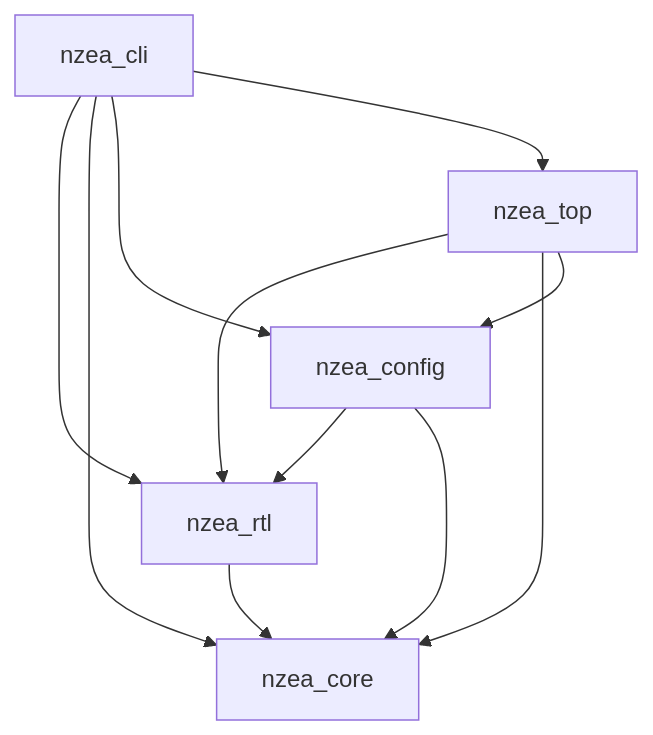
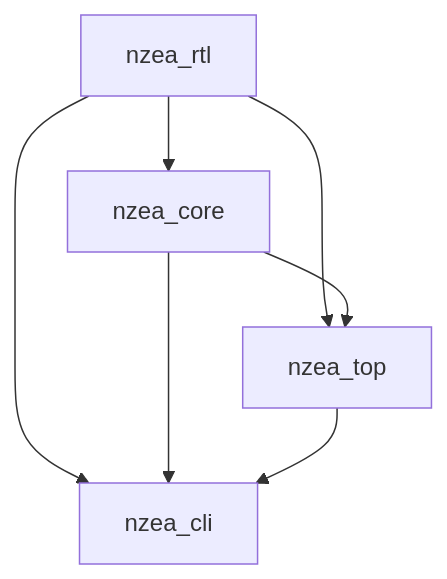
The diagram in AGENTS.md (CodeWenjiu/NZEA), drawn with Mermaid before and after one commit. The commit also changed other lines of this file and 15 other files, not shown here.

````diff
--- a/AGENTS.md
+++ b/AGENTS.md
@@ -24,13 +24,9 @@
 ```mermaid
 flowchart TD
     rtl[nzea_rtl] --> core[nzea_core]
-    config[nzea_config] --> rtl
-    config --> core
-    top[nzea_top] --> rtl
-    top --> core
-    top --> config
-    cli[nzea_cli] --> rtl
-    cli --> core
-    cli --> config
-    cli --> top
+    rtl --> top[nzea_top]
+    core --> top
+    rtl --> cli[nzea_cli]
+    core --> cli
+    top --> cli
 ```
````
